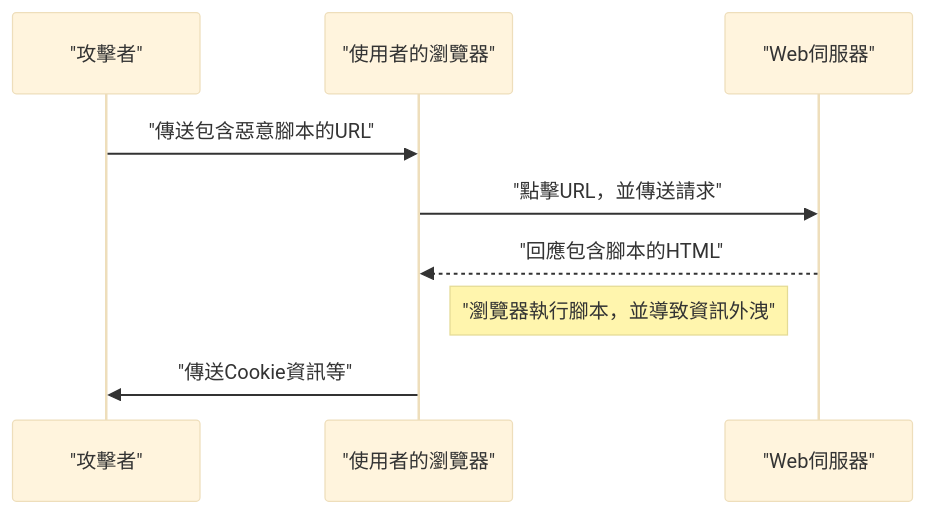
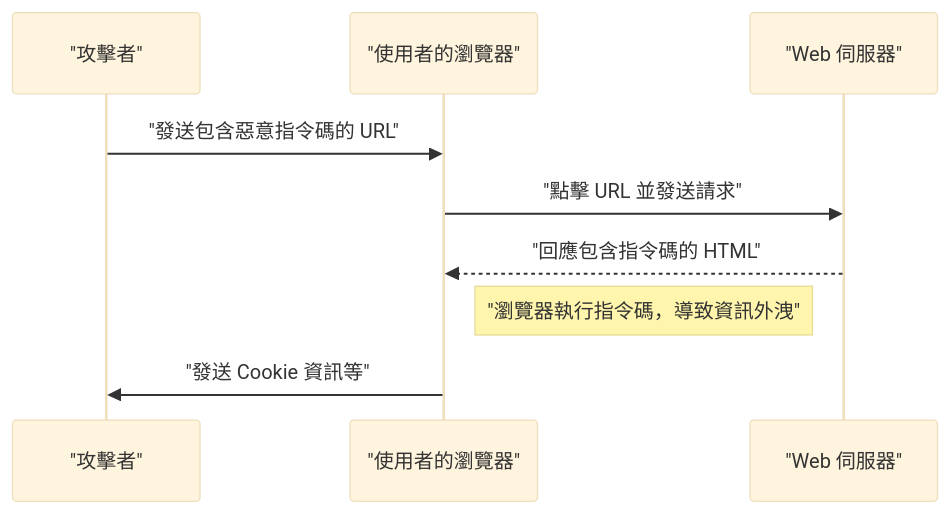
Before and after one commit to kenjinote/blog: the first of 2 diagrams in content/post/web-application-vulnerability-owasp-top-10/index.zh-tw.md, drawn with Mermaid (base theme). The commit also changed other lines of this file and 12 other files, not shown here.

````diff
--- a/content/post/web-application-vulnerability-owasp-top-10/index.zh-tw.md
+++ b/content/post/web-application-vulnerability-owasp-top-10/index.zh-tw.md
@@ -170,12 +170,12 @@
 ```mermaid
 sequenceDiagram
     participant "攻擊者"
     participant "使用者的瀏覽器"
-    participant "Web伺服器"
+    participant "Web 伺服器"
 
-    "攻擊者"->>"使用者的瀏覽器": "傳送包含惡意腳本的URL"
-    "使用者的瀏覽器"->>"Web伺服器": "點擊URL，並傳送請求"
-    "Web伺服器"-->>"使用者的瀏覽器": "回應包含腳本的HTML"
-    Note right of "使用者的瀏覽器": "瀏覽器執行腳本，並導致資訊外洩"
-    "使用者的瀏覽器"->>"攻擊者": "傳送Cookie資訊等"
+    "攻擊者"->>"使用者的瀏覽器": "發送包含惡意指令碼的 URL"
+    "使用者的瀏覽器"->>"Web 伺服器": "點擊 URL 並發送請求"
+    "Web 伺服器"-->>"使用者的瀏覽器": "回應包含指令碼的 HTML"
+    Note right of "使用者的瀏覽器": "瀏覽器執行指令碼，導致資訊外洩"
+    "使用者的瀏覽器"->>"攻擊者": "發送 Cookie 資訊等"
 ```
````
